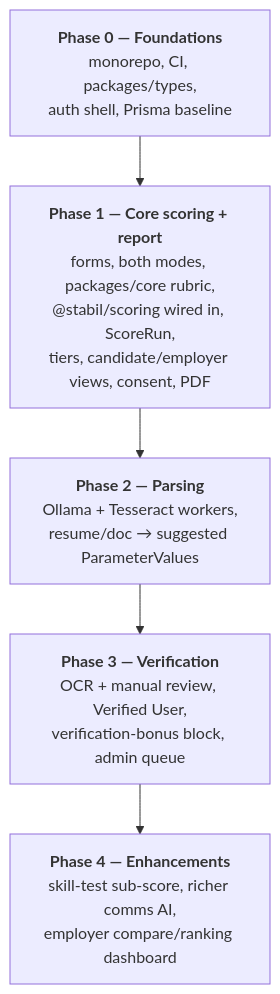
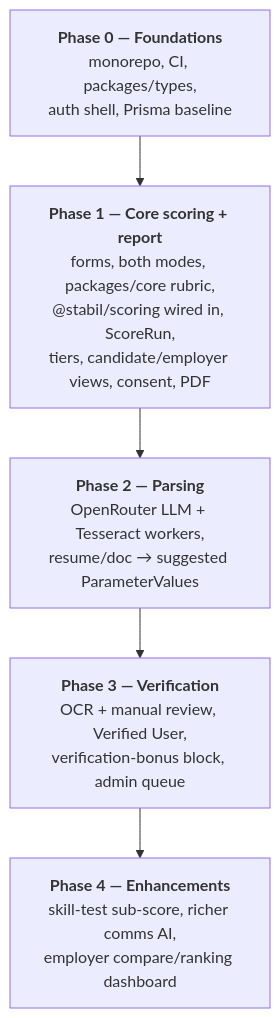
Before and after one commit to yashranaway/stabil: diagram 12 of 12 in docs/architecture/01-overview.md, drawn with Mermaid. The commit also changed other lines of this file and 27 other files, not shown here.

First line of the commit message:
Docs: switch AI provider from self-hosted Ollama to OpenRouter

````diff
--- a/docs/architecture/01-overview.md
+++ b/docs/architecture/01-overview.md
@@ -514,10 +514,10 @@
 ```mermaid
 graph TB
     P0["<b>Phase 0 — Foundations</b><br/>monorepo, CI, packages/types,<br/>auth shell, Prisma baseline"]
     P1["<b>Phase 1 — Core scoring + report</b><br/>forms, both modes, packages/core rubric,<br/>@stabil/scoring wired in, ScoreRun,<br/>tiers, candidate/employer views, consent, PDF"]
-    P2["<b>Phase 2 — Parsing</b><br/>Ollama + Tesseract workers,<br/>resume/doc → suggested ParameterValues"]
+    P2["<b>Phase 2 — Parsing</b><br/>OpenRouter LLM + Tesseract workers,<br/>resume/doc → suggested ParameterValues"]
     P3["<b>Phase 3 — Verification</b><br/>OCR + manual review, Verified User,<br/>verification-bonus block, admin queue"]
     P4["<b>Phase 4 — Enhancements</b><br/>skill-test sub-score, richer comms AI,<br/>employer compare/ranking dashboard"]
 
     P0 --> P1 --> P2 --> P3 --> P4
 ```
````
